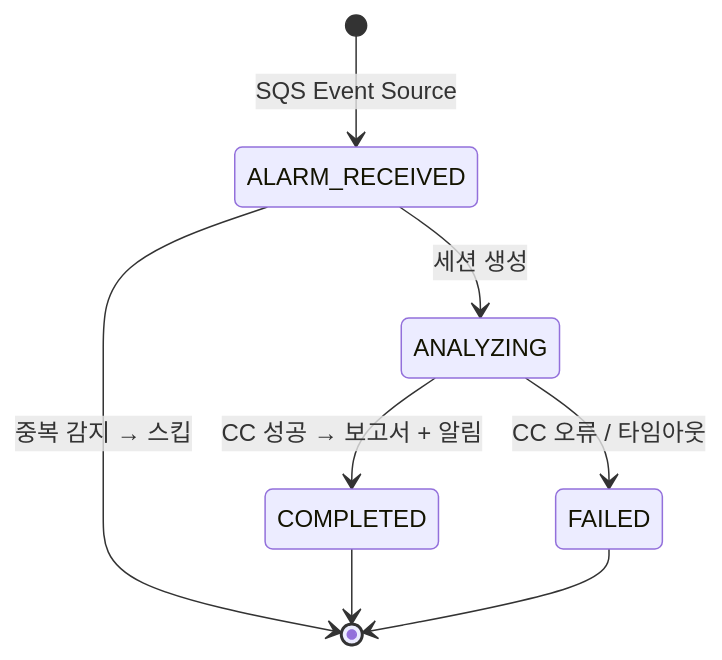
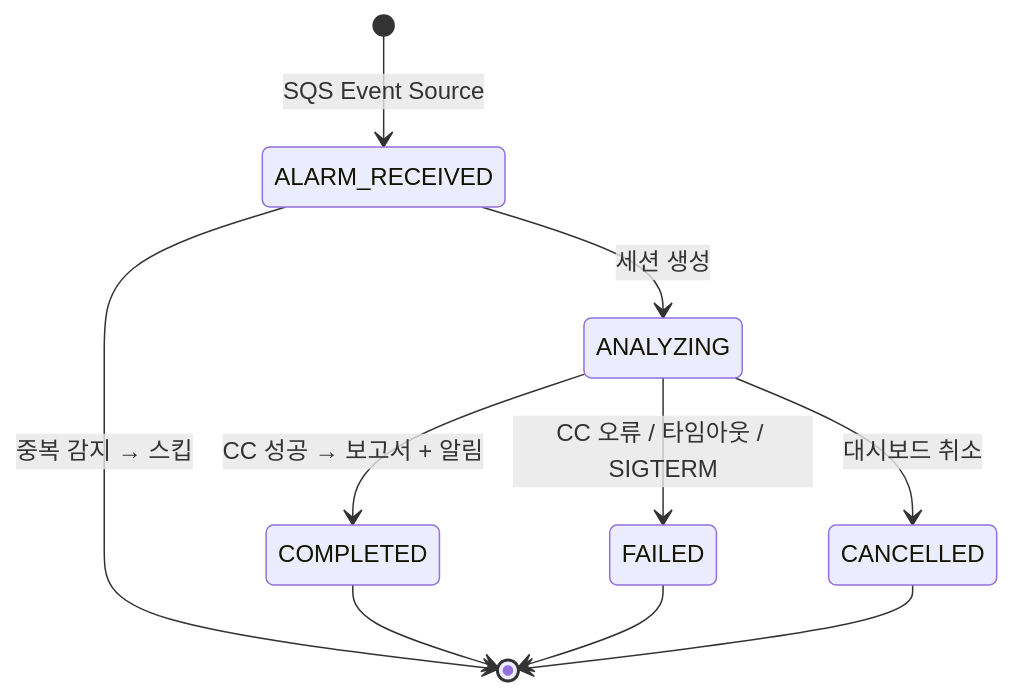
Diagram 17 of 22 in docs/system-guide-for-ops.md (haandol/rca-agent), drawn with Mermaid before and after one commit. The commit also changed other lines of this file and 9 other files, not shown here.

````diff
--- a/docs/system-guide-for-ops.md
+++ b/docs/system-guide-for-ops.md
@@ -763,13 +775,15 @@
 ```mermaid
 stateDiagram-v2
     [*] --> ALARM_RECEIVED: SQS Event Source
 
     ALARM_RECEIVED --> ANALYZING: 세션 생성
     ALARM_RECEIVED --> [*]: 중복 감지 → 스킵
 
     ANALYZING --> COMPLETED: CC 성공 → 보고서 + 알림
-    ANALYZING --> FAILED: CC 오류 / 타임아웃
+    ANALYZING --> FAILED: CC 오류 / 타임아웃 / SIGTERM
+    ANALYZING --> CANCELLED: 대시보드 취소
 
     COMPLETED --> [*]
     FAILED --> [*]
+    CANCELLED --> [*]
 ```
````
